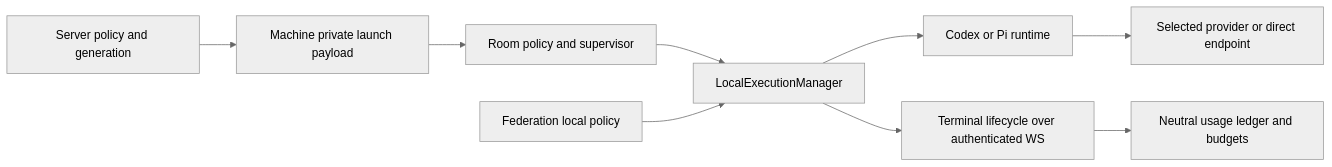
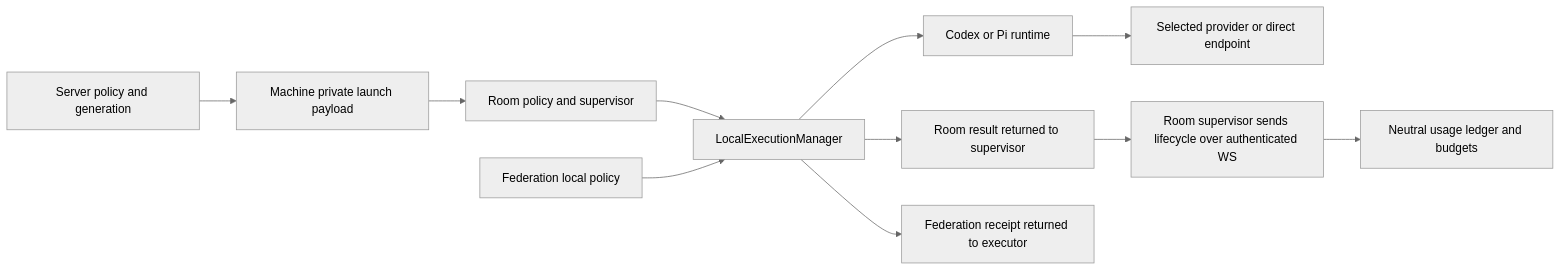
The diagram in docs/decisions/008-two-engine-runtime-contract.md (e7217/anygarden), drawn with Mermaid (neutral theme) before and after one commit. The commit also changed other lines of this file and 2 other files, not shown here.

Commit message:
docs: clarify optional Pi model and room lifecycle ownership

````diff
--- a/docs/decisions/008-two-engine-runtime-contract.md
+++ b/docs/decisions/008-two-engine-runtime-contract.md
@@ -31,11 +31,13 @@
 ```mermaid
 flowchart LR
     S[Server policy and generation] --> M[Machine private launch payload]
     M --> R[Room policy and supervisor]
     R --> E[LocalExecutionManager]
     F[Federation local policy] --> E
     E --> C[Codex or Pi runtime]
     C --> P[Selected provider or direct endpoint]
-    E --> W[Terminal lifecycle over authenticated WS]
+    E --> Q[Room result returned to supervisor]
+    Q --> W[Room supervisor sends lifecycle over authenticated WS]
     W --> L[Neutral usage ledger and budgets]
+    E --> D[Federation receipt returned to executor]
 ```
````
